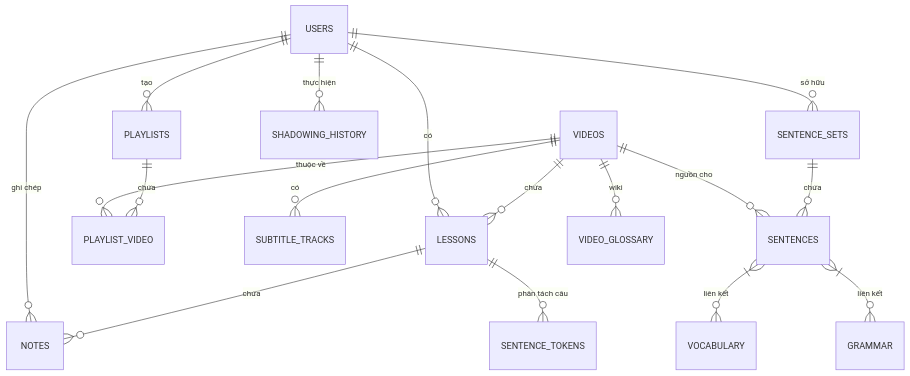
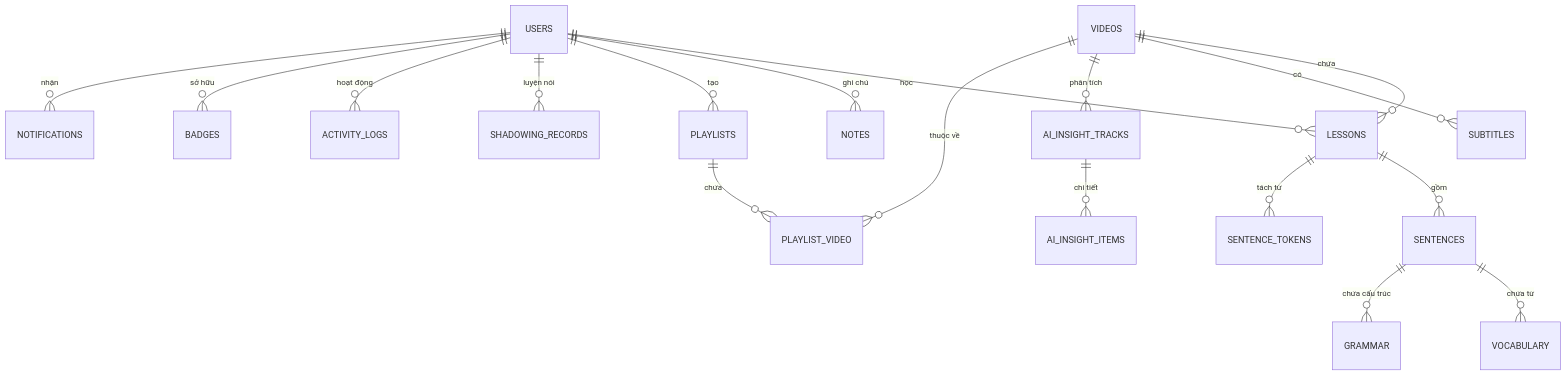
The diagram in docs/DATABASE_SCHEMA.md (thanhnt94/podlearn), drawn with Mermaid before and after one commit. The commit also changed other lines of this file and 24 other files, not shown here.

````diff
--- a/docs/DATABASE_SCHEMA.md
+++ b/docs/DATABASE_SCHEMA.md
@@ -7,23 +7,25 @@
 ```mermaid
 erDiagram
-    USERS ||--o{ LESSONS : "có"
-    USERS ||--o{ NOTES : "ghi chép"
-    USERS ||--o{ SENTENCE_SETS : "sở hữu"
+    USERS ||--o{ LESSONS : "học"
+    USERS ||--o{ NOTES : "ghi chú"
     USERS ||--o{ PLAYLISTS : "tạo"
-    USERS ||--o{ SHADOWING_HISTORY : "thực hiện"
+    USERS ||--o{ SHADOWING_RECORDS : "luyện nói"
+    USERS ||--o{ ACTIVITY_LOGS : "hoạt động"
+    USERS ||--o{ BADGES : "sở hữu"
+    USERS ||--o{ NOTIFICATIONS : "nhận"
     
     VIDEOS ||--o{ LESSONS : "chứa"
+    VIDEOS ||--o{ SUBTITLES : "có"
+    VIDEOS ||--o{ AI_INSIGHT_TRACKS : "phân tích"
     VIDEOS ||--o{ PLAYLIST_VIDEO : "thuộc về"
+    
     PLAYLISTS ||--o{ PLAYLIST_VIDEO : "chứa"
-    VIDEOS ||--o{ SUBTITLE_TRACKS : "có"
-    VIDEOS ||--o{ SENTENCES : "nguồn cho"
-    VIDEOS ||--o{ VIDEO_GLOSSARY : "wiki"
     
-    LESSONS ||--o{ NOTES : "chứa"
-    LESSONS ||--o{ SENTENCE_TOKENS : "phân tách câu"
+    LESSONS ||--o{ SENTENCES : "gồm"
+    LESSONS ||--o{ SENTENCE_TOKENS : "tách từ"
     
-    SENTENCE_SETS ||--o{ SENTENCES : "chứa"
+    SENTENCES ||--o{ VOCABULARY : "chứa từ"
+    SENTENCES ||--o{ GRAMMAR : "chứa cấu trúc"
     
-    SENTENCES }|--o{ VOCABULARY : "liên kết"
-    SENTENCES }|--o{ GRAMMAR : "liên kết"
+    AI_INSIGHT_TRACKS ||--o{ AI_INSIGHT_ITEMS : "chi tiết"
 ```
````
